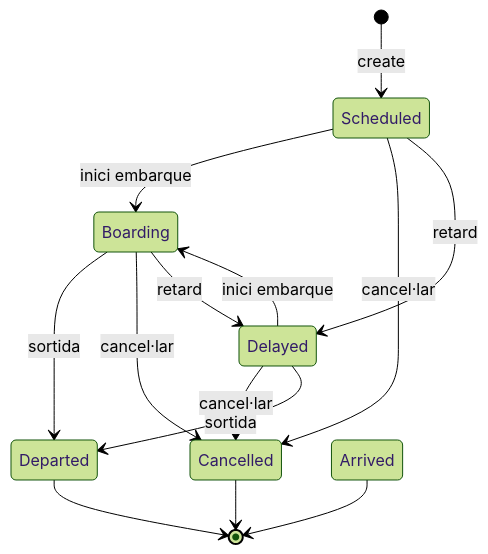
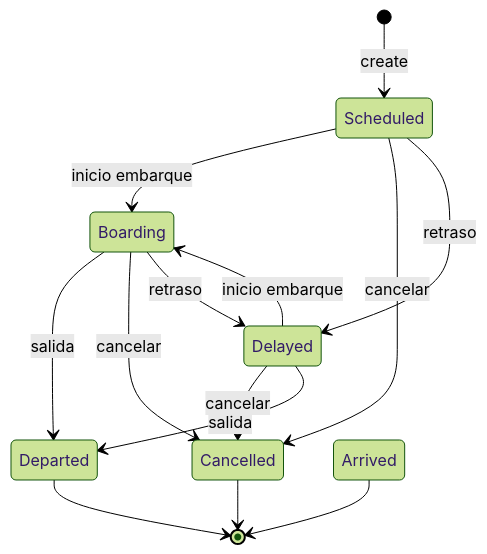
Before and after one commit to andreums/railboard: the second of 4 diagrams in docs/DOMAIN-MODEL.md, drawn with Mermaid (forest theme). The commit also changed other lines of this file and 9 other files, not shown here.

````diff
--- a/docs/DOMAIN-MODEL.md
+++ b/docs/DOMAIN-MODEL.md
@@ -426,16 +426,16 @@
 ```mermaid
 stateDiagram-v2
     [*] --> Scheduled : create
-    Scheduled --> Boarding : inici embarque
-    Scheduled --> Cancelled : cancel·lar
-    Scheduled --> Delayed : retard
-    Boarding --> Departed : sortida
-    Boarding --> Cancelled : cancel·lar
-    Boarding --> Delayed : retard
-    Delayed --> Boarding : inici embarque
-    Delayed --> Cancelled : cancel·lar
-    Delayed --> Departed : sortida
+    Scheduled --> Boarding : inicio embarque
+    Scheduled --> Cancelled : cancelar
+    Scheduled --> Delayed : retraso
+    Boarding --> Departed : salida
+    Boarding --> Cancelled : cancelar
+    Boarding --> Delayed : retraso
+    Delayed --> Boarding : inicio embarque
+    Delayed --> Cancelled : cancelar
+    Delayed --> Departed : salida
     Departed --> [*]
     Arrived --> [*]
     Cancelled --> [*]
 ```
````
